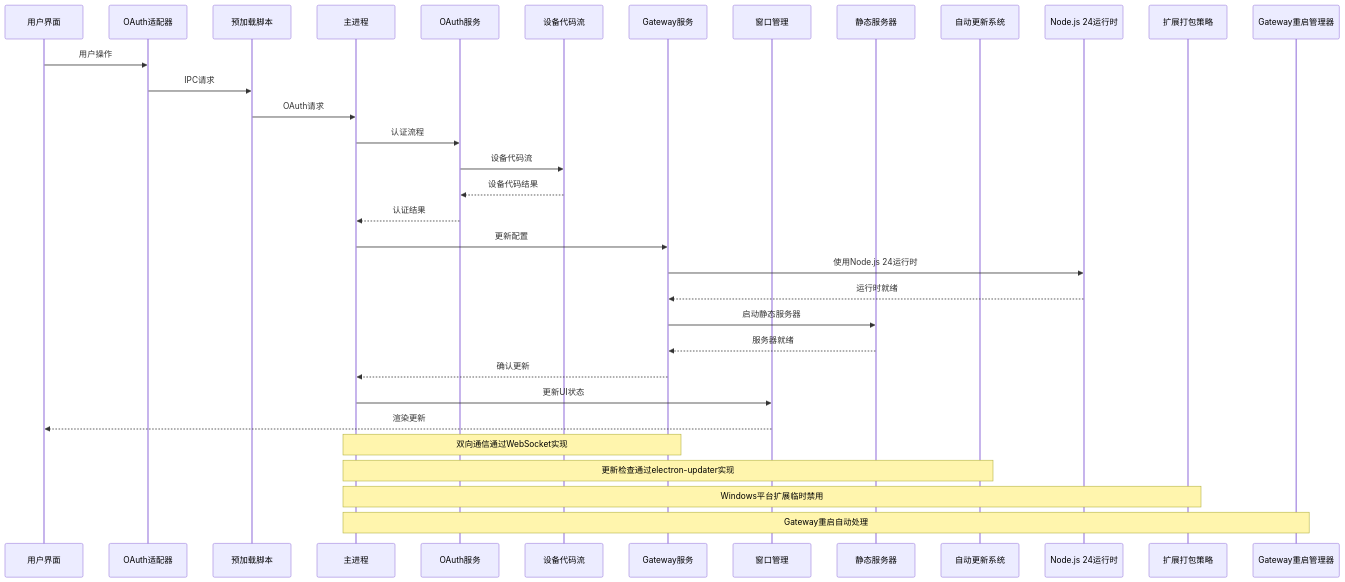
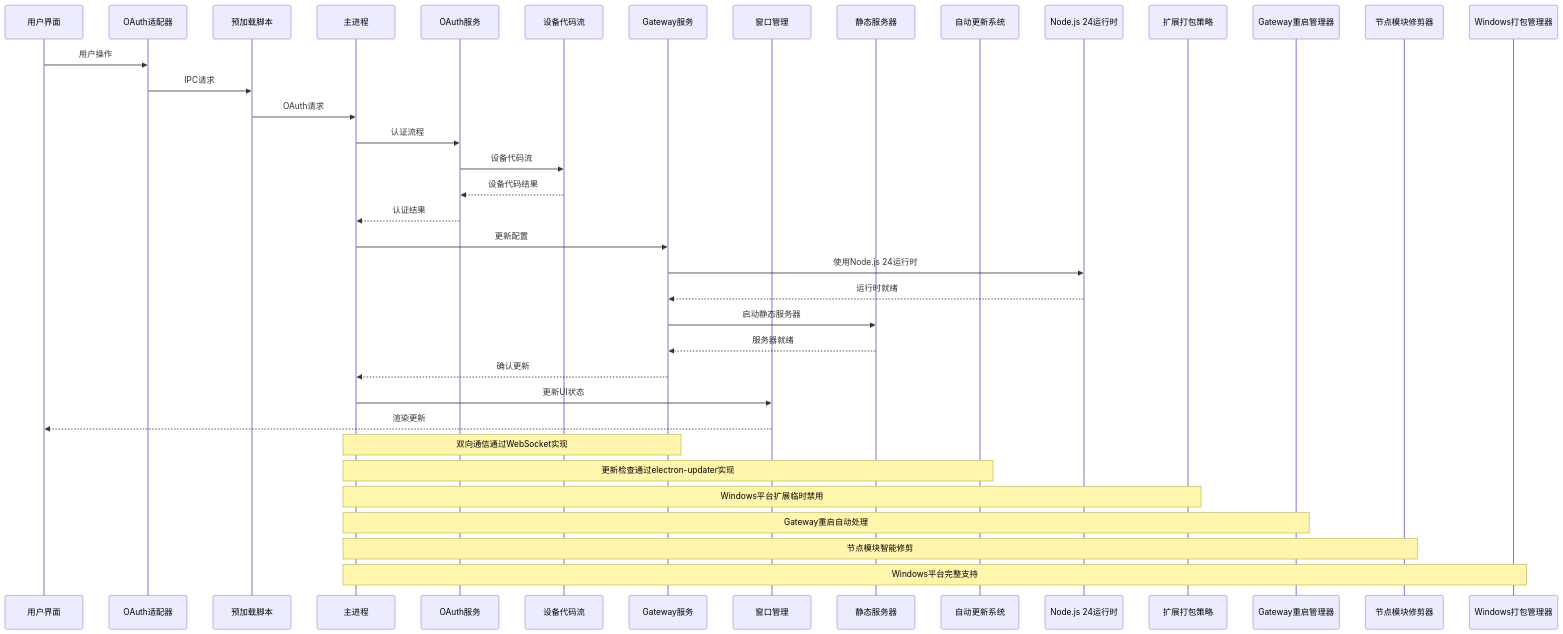
One commit to verse-ai-org/openclaw changed the third of 51 diagrams in .qoder/repowiki/zh/content/核心概念/Electron应用增强.md. Above: the diagram before and after it, drawn with Mermaid. The commit also changed other lines of this file and 14 other files, not shown here.

````diff
--- a/.qoder/repowiki/zh/content/核心概念/Electron应用增强.md
+++ b/.qoder/repowiki/zh/content/核心概念/Electron应用增强.md
@@ -426,35 +488,39 @@
 ```mermaid
 sequenceDiagram
 participant UI as 用户界面
 participant Adapter as OAuth适配器
 participant Preload as 预加载脚本
 participant Main as 主进程
 participant OAuth as OAuth服务
 participant DeviceFlow as 设备代码流
 participant Gateway as Gateway服务
 participant Window as 窗口管理
 participant StaticServer as 静态服务器
 participant Updater as 自动更新系统
 participant NodeRuntime as Node.js 24运行时
 participant ExtensionPacker as 扩展打包策略
 participant RestartManager as Gateway重启管理器
+participant ModulePruner as 节点模块修剪器
+participant WinPacker as Windows打包管理器
 UI->>Adapter : 用户操作
 Adapter->>Preload : IPC请求
 Preload->>Main : OAuth请求
 Main->>OAuth : 认证流程
 OAuth->>DeviceFlow : 设备代码流
 DeviceFlow-->>OAuth : 设备代码结果
 OAuth-->>Main : 认证结果
 Main->>Gateway : 更新配置
 Gateway->>NodeRuntime : 使用Node.js 24运行时
 NodeRuntime-->>Gateway : 运行时就绪
 Gateway->>StaticServer : 启动静态服务器
 StaticServer-->>Gateway : 服务器就绪
 Gateway-->>Main : 确认更新
 Main->>Window : 更新UI状态
 Window-->>UI : 渲染更新
 Note over Main,Gateway : 双向通信通过WebSocket实现
 Note over Main,Updater : 更新检查通过electron-updater实现
 Note over Main,ExtensionPacker : Windows平台扩展临时禁用
 Note over Main,RestartManager : Gateway重启自动处理
+Note over Main,ModulePruner : 节点模块智能修剪
+Note over Main,WinPacker : Windows平台完整支持
 ```
````
